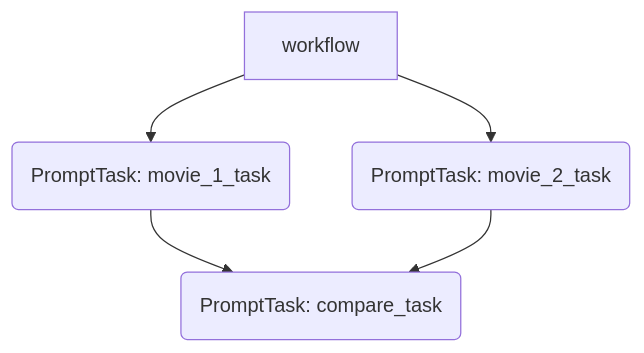
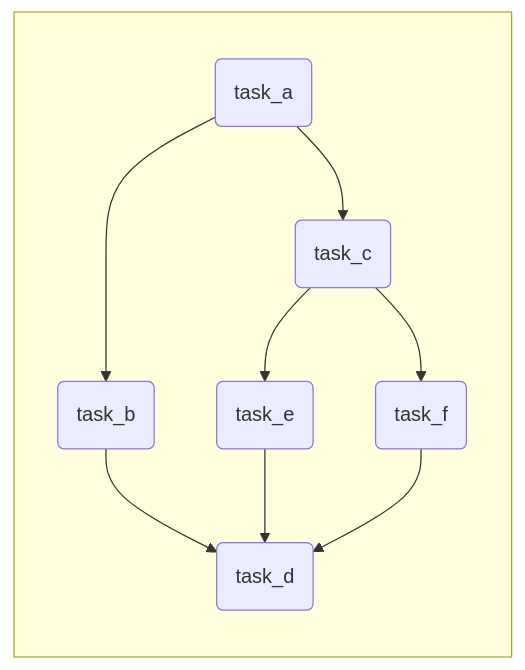
One commit to griptape-ai/griptape-trade-school changed the seventh of 7 diagrams in docs/courses/compare-movies-workflow/03_first_workflow.md. Above: the diagram before and after it, drawn with Mermaid. The commit also changed other lines of this file and 6 other files, not shown here.

````diff
--- a/docs/courses/compare-movies-workflow/03_first_workflow.md
+++ b/docs/courses/compare-movies-workflow/03_first_workflow.md
@@ -231,7 +238,16 @@
 ``` mermaid
-graph TB
-    A[workflow] --> B(PromptTask: movie_1_task)
-    A --> C(PromptTask: movie_2_task)
-    B --> D(PromptTask: compare_task)
-    C --> D
+graph TB 
+    subgraph " "
+        direction TB
+        A(task_a)
+        B(task_b)
+        C(task_c)
+        D(task_d)
+        E(task_e)
+        F(task_f)
+        A --> B --> D
+        A --> C --> E --> D
+        C --> F --> D
+    end
+    
 ```
````
